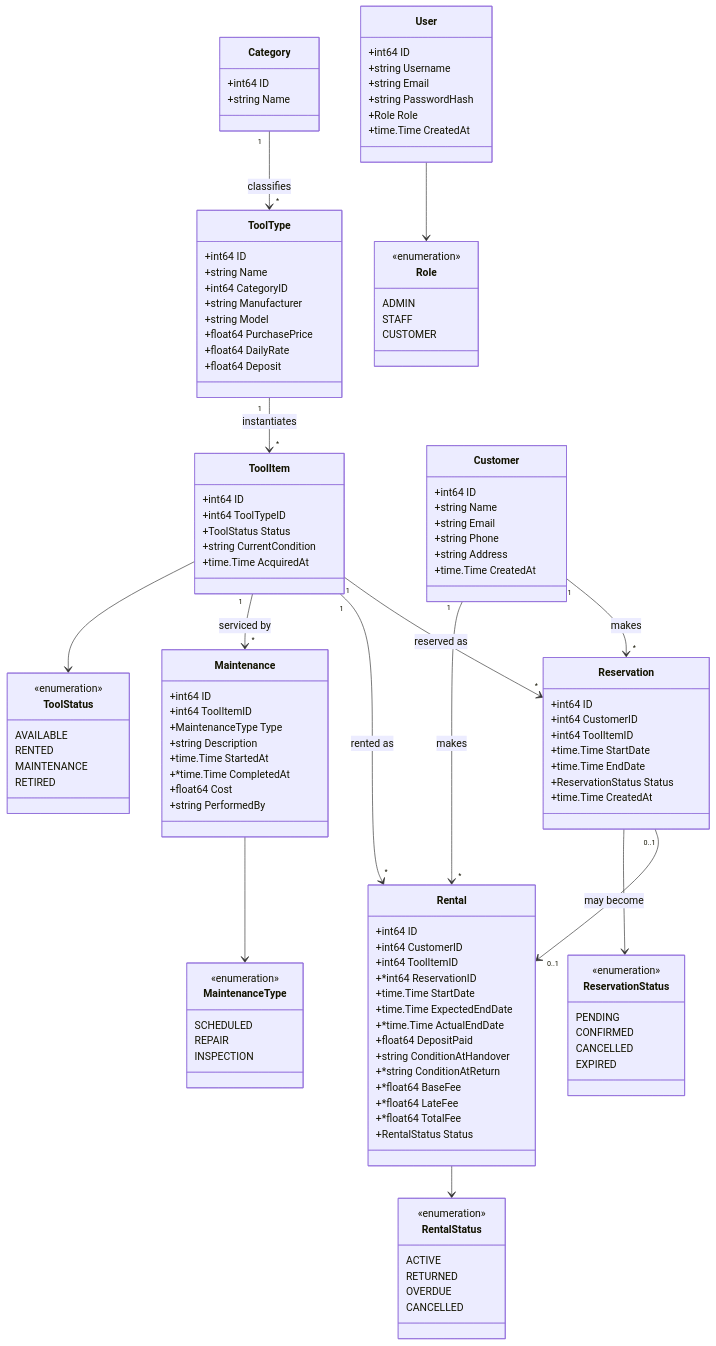
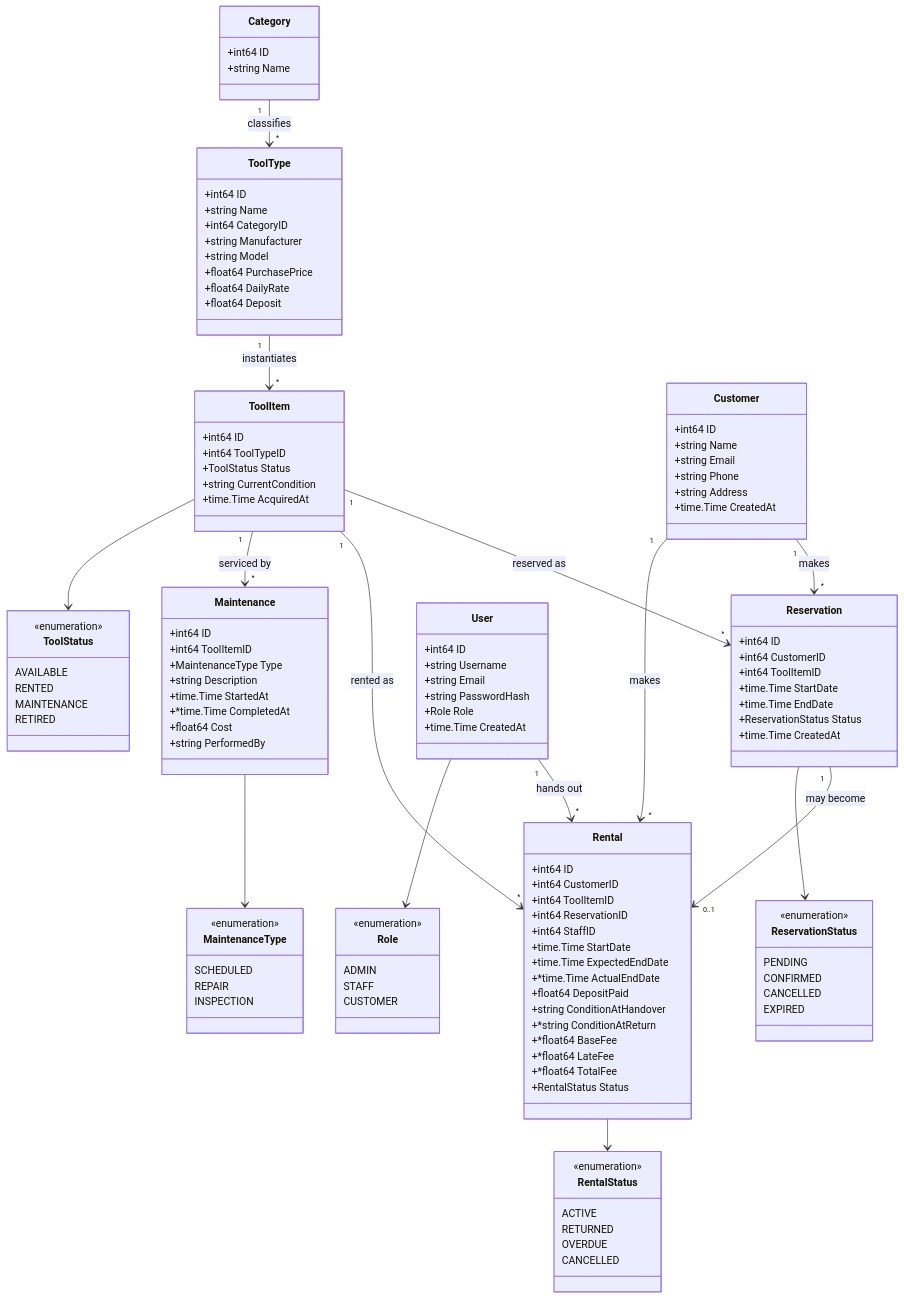
One commit to waltermity/rentzy changed the diagram in docs/design/deepseek_mermaid_20260930_078726.mermaid. Above: the diagram before and after it, drawn with Mermaid. The commit also changed 9 other files, not shown here.

```diff
--- a/docs/design/deepseek_mermaid_20260930_078726.mermaid
+++ b/docs/design/deepseek_mermaid_20260930_078726.mermaid
@@ -1,133 +1,135 @@
 classDiagram
     class Category {
         +int64 ID
         +string Name
     }
 
     class ToolType {
         +int64 ID
         +string Name
         +int64 CategoryID
         +string Manufacturer
         +string Model
         +float64 PurchasePrice
         +float64 DailyRate
         +float64 Deposit
     }
 
     class ToolItem {
         +int64 ID
         +int64 ToolTypeID
         +ToolStatus Status
         +string CurrentCondition
         +time.Time AcquiredAt
     }
 
     class ToolStatus {
         <<enumeration>>
         AVAILABLE
         RENTED
         MAINTENANCE
         RETIRED
     }
 
     class Customer {
         +int64 ID
         +string Name
         +string Email
         +string Phone
         +string Address
         +time.Time CreatedAt
     }
 
     class Reservation {
         +int64 ID
         +int64 CustomerID
         +int64 ToolItemID
         +time.Time StartDate
         +time.Time EndDate
         +ReservationStatus Status
         +time.Time CreatedAt
     }
 
     class ReservationStatus {
         <<enumeration>>
         PENDING
         CONFIRMED
         CANCELLED
         EXPIRED
     }
 
     class Rental {
         +int64 ID
         +int64 CustomerID
         +int64 ToolItemID
-        +*int64 ReservationID
+        +int64 ReservationID
+        +int64 StaffID
         +time.Time StartDate
         +time.Time ExpectedEndDate
         +*time.Time ActualEndDate
         +float64 DepositPaid
         +string ConditionAtHandover
         +*string ConditionAtReturn
         +*float64 BaseFee
         +*float64 LateFee
         +*float64 TotalFee
         +RentalStatus Status
     }
 
     class RentalStatus {
         <<enumeration>>
         ACTIVE
         RETURNED
         OVERDUE
         CANCELLED
     }
 
     class Maintenance {
         +int64 ID
         +int64 ToolItemID
         +MaintenanceType Type
         +string Description
         +time.Time StartedAt
         +*time.Time CompletedAt
         +float64 Cost
         +string PerformedBy
     }
 
     class MaintenanceType {
         <<enumeration>>
         SCHEDULED
         REPAIR
         INSPECTION
     }
 
     class User {
         +int64 ID
         +string Username
         +string Email
         +string PasswordHash
         +Role Role
         +time.Time CreatedAt
     }
 
     class Role {
         <<enumeration>>
         ADMIN
         STAFF
         CUSTOMER
     }
 
     Category "1" --> "*" ToolType : classifies
     ToolType "1" --> "*" ToolItem : instantiates
     ToolItem "1" --> "*" Reservation : reserved as
     ToolItem "1" --> "*" Rental : rented as
     ToolItem "1" --> "*" Maintenance : serviced by
     Customer "1" --> "*" Reservation : makes
     Customer "1" --> "*" Rental : makes
-    Reservation "0..1" --> "0..1" Rental : may become
+    Reservation "1" --> "0..1" Rental : may become
+    User "1" --> "*" Rental : hands out
 
     ToolItem --> ToolStatus
     Reservation --> ReservationStatus
     Rental --> RentalStatus
     Maintenance --> MaintenanceType
     User --> Role
```
